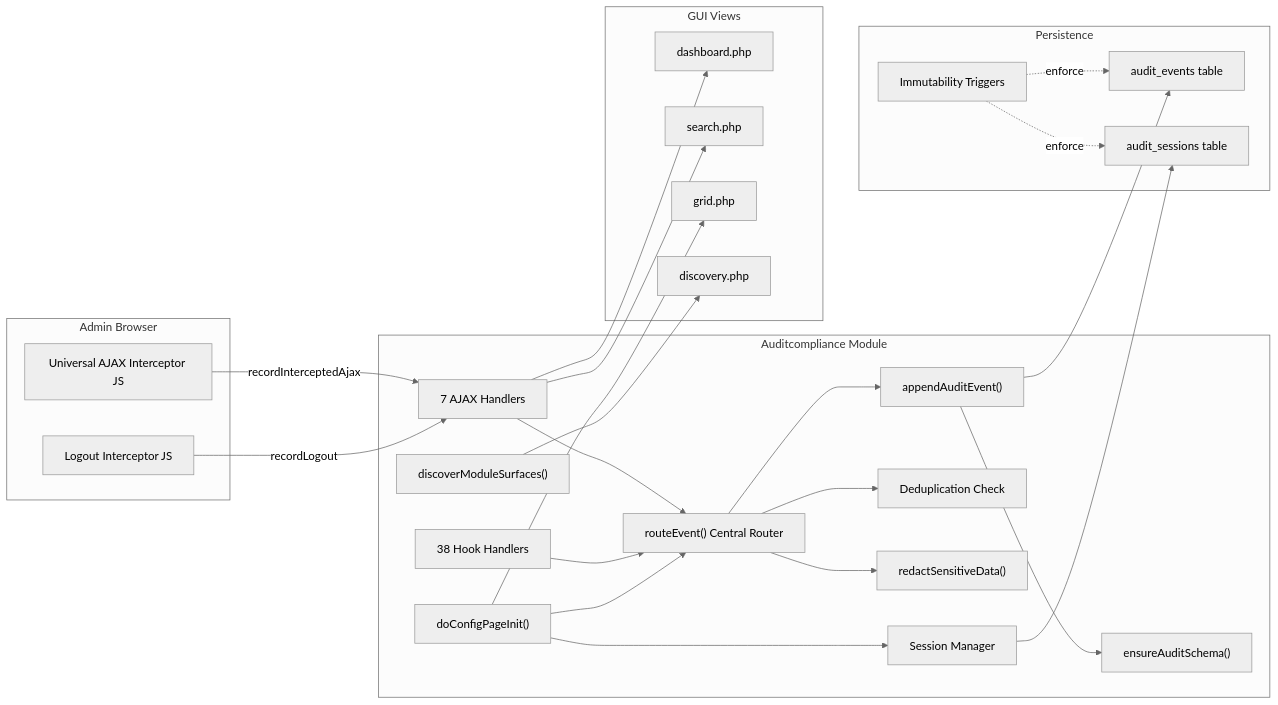
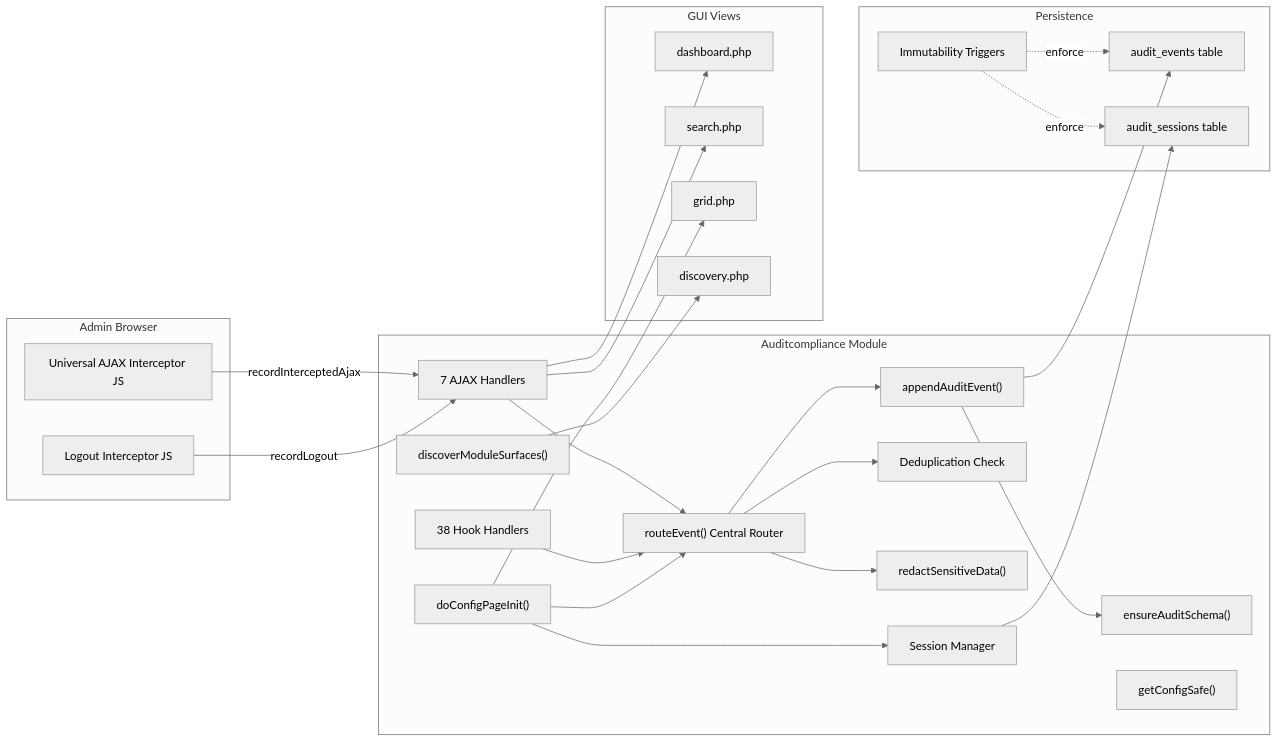
Before and after one commit to PhilipLykov/freepbx-audit: the second of 5 diagrams in docs/architecture.md, drawn with Mermaid (neutral theme). The commit also changed other lines of this file and 20 other files, not shown here.

````diff
--- a/docs/architecture.md
+++ b/docs/architecture.md
@@ -44,52 +44,53 @@
 ```mermaid
 graph LR
     subgraph browser ["Admin Browser"]
         LogoutJS["Logout Interceptor JS"]
         AjaxJS["Universal AJAX Interceptor JS"]
     end
 
     subgraph module ["Auditcompliance Module"]
         PageInit["doConfigPageInit()"]
         SessionMgr["Session Manager"]
         RouteEvent["routeEvent() Central Router"]
         DedupCheck["Deduplication Check"]
         Redactor["redactSensitiveData()"]
         EventWriter["appendAuditEvent()"]
         HookHandlers["38 Hook Handlers"]
         AjaxHandlers["7 AJAX Handlers"]
         SchemaManager["ensureAuditSchema()"]
+        ConfigSafe["getConfigSafe()"]
         Discovery["discoverModuleSurfaces()"]
     end
 
     subgraph storage ["Persistence"]
         AuditDB2["audit_events table"]
         SessionDB["audit_sessions table"]
         Triggers["Immutability Triggers"]
     end
 
     subgraph views ["GUI Views"]
         Dashboard["dashboard.php"]
         Search["search.php"]
         Timeline["grid.php"]
         DiscoveryView["discovery.php"]
     end
 
     LogoutJS -->|recordLogout| AjaxHandlers
     AjaxJS -->|recordInterceptedAjax| AjaxHandlers
     PageInit --> SessionMgr
     PageInit --> RouteEvent
     HookHandlers --> RouteEvent
     AjaxHandlers --> RouteEvent
     RouteEvent --> DedupCheck
     RouteEvent --> Redactor
     RouteEvent --> EventWriter
     EventWriter --> SchemaManager
     EventWriter --> AuditDB2
     SessionMgr --> SessionDB
     Triggers -.->|enforce| AuditDB2
     Triggers -.->|enforce| SessionDB
     AjaxHandlers --> Search
     AjaxHandlers --> Dashboard
     PageInit --> Timeline
     Discovery --> DiscoveryView
 ```
````
